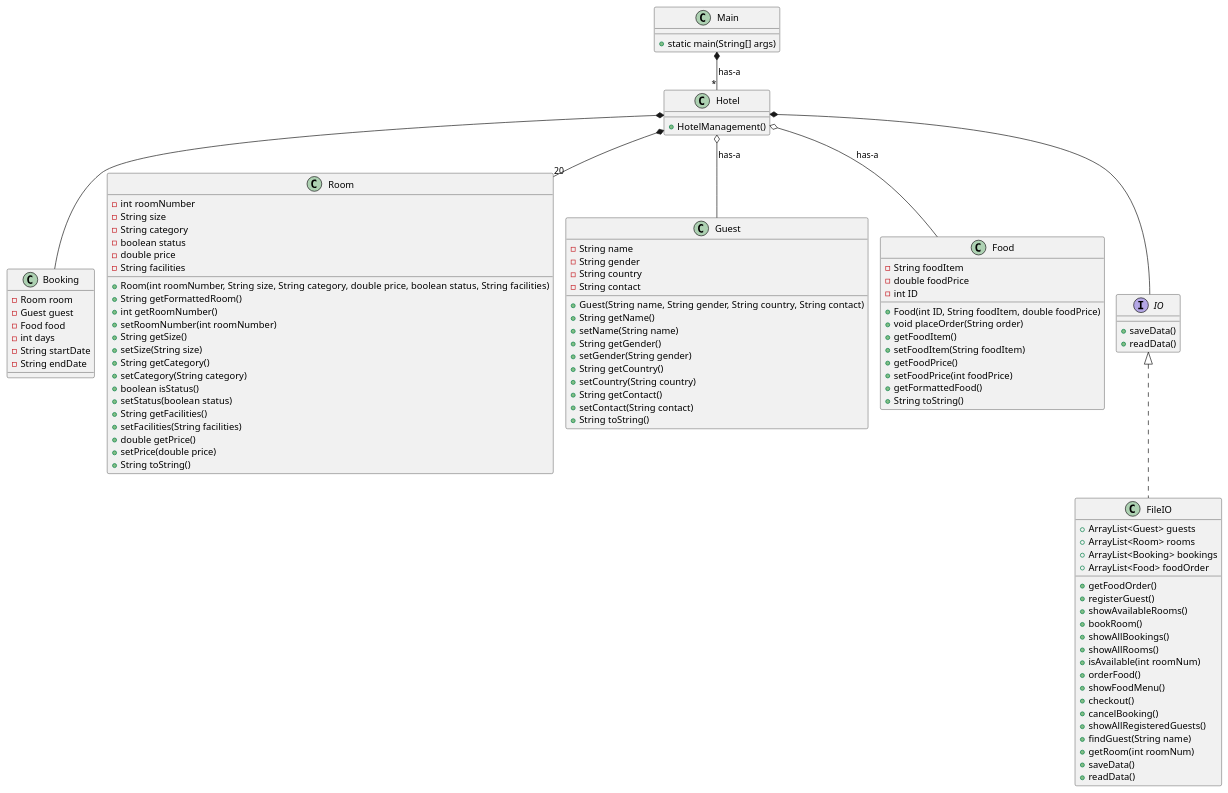
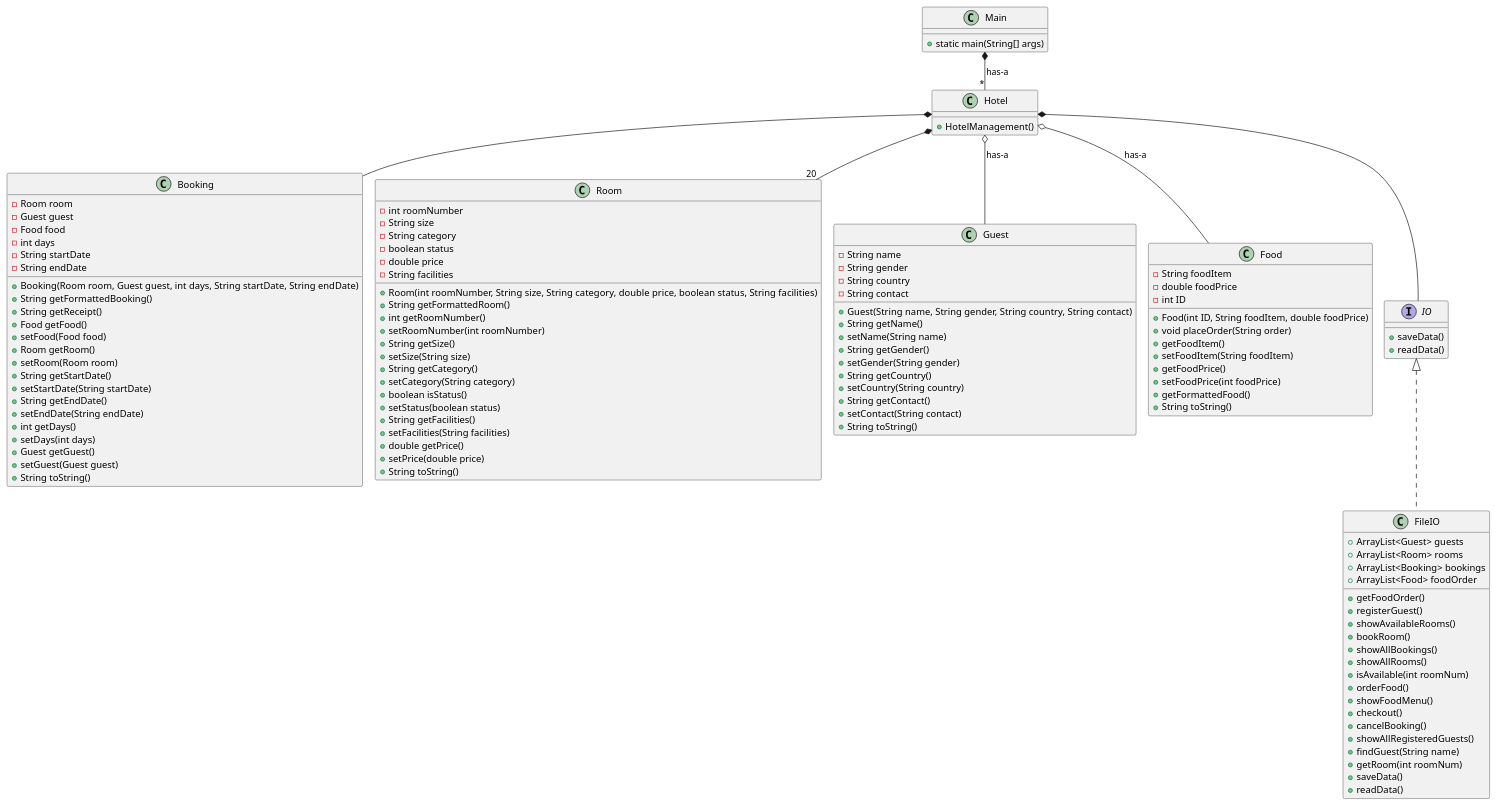
Before and after one commit to Aleks1075/HotelManagementSystemFinal: the diagram in Documentation/Klassediagram.puml, drawn with PlantUML.

```diff
--- a/Documentation/Klassediagram.puml
+++ b/Documentation/Klassediagram.puml
@@ -1,110 +1,127 @@
 @startuml
 
 !pragma layout smetana
 
 class Main
 class Hotel
 class Booking
 class Room
 class Guest
 class Food
 class FileIO
 interface IO
 
 Main *-- "*" Hotel: has-a
 Hotel *-- Booking
 Hotel *-- "20" Room
 Hotel o-- Guest: has-a
 Hotel *-- IO
 IO <|.. FileIO
 Hotel o-- Food: has-a
 
 Main : + static main(String[] args)
+
 Hotel :  +HotelManagement()
 
 Booking : -Room room
 Booking : -Guest guest
 Booking : -Food food
 Booking : -int days
 Booking : -String startDate
 Booking : -String endDate
 
 Room : -int roomNumber
 Room : -String size
 Room : -String category
 Room : -boolean status
 Room : -double price
 Room : -String facilities
 
 Guest : -String name
 Guest : -String gender
 Guest : -String country
 Guest : -String contact
 
 Food : -String foodItem
 Food : -double foodPrice
 Food : -int ID
 
 FileIO : +ArrayList<Guest> guests
 FileIO : +ArrayList<Room> rooms
 FileIO : +ArrayList<Booking> bookings
 FileIO : +ArrayList<Food> foodOrder
 
 IO : + saveData()
 IO : + readData()
 
 FileIO : +getFoodOrder()
 FileIO : +registerGuest()
 FileIO : +showAvailableRooms()
 FileIO : +bookRoom()
 FileIO : +showAllBookings()
 FileIO : +showAllRooms()
 FileIO : +isAvailable(int roomNum)
 FileIO : +orderFood()
 FileIO : +showFoodMenu()
 FileIO : +checkout()
 FileIO : +cancelBooking()
 FileIO : +showAllRegisteredGuests()
 FileIO : +findGuest(String name)
 FileIO : +getRoom(int roomNum)
 FileIO : +saveData()
 FileIO : +readData()
 
 Food : +Food(int ID, String foodItem, double foodPrice)
 Food : +void placeOrder(String order)
 Food : +getFoodItem()
 Food : +setFoodItem(String foodItem)
 Food : +getFoodPrice()
 Food : +setFoodPrice(int foodPrice)
 Food : +getFormattedFood()
 Food : +String toString()
 
 Guest : +Guest(String name, String gender, String country, String contact)
 Guest : +String getName()
 Guest : +setName(String name)
 Guest : +String getGender()
 Guest : +setGender(String gender)
 Guest : +String getCountry()
 Guest : +setCountry(String country)
 Guest : +String getContact()
 Guest : +setContact(String contact)
 Guest : +String toString()
 
 Room : +Room(int roomNumber, String size, String category, double price, boolean status, String facilities)
 Room : +String getFormattedRoom()
 Room : +int getRoomNumber()
 Room : +setRoomNumber(int roomNumber)
 Room : +String getSize()
 Room : +setSize(String size)
 Room : +String getCategory()
 Room : +setCategory(String category)
 Room : +boolean isStatus()
 Room : +setStatus(boolean status)
 Room : +String getFacilities()
 Room : +setFacilities(String facilities)
 Room : +double getPrice()
 Room : +setPrice(double price)
 Room : +String toString()
 
+Booking : +Booking(Room room, Guest guest, int days, String startDate, String endDate)
+Booking : +String getFormattedBooking()
+Booking : +String getReceipt()
+Booking : +Food getFood()
+Booking : +setFood(Food food)
+Booking : +Room getRoom()
+Booking : +setRoom(Room room)
+Booking : +String getStartDate()
+Booking : +setStartDate(String startDate)
+Booking : +String getEndDate()
+Booking : +setEndDate(String endDate)
+Booking : +int getDays()
+Booking : +setDays(int days)
+Booking : +Guest getGuest()
+Booking : +setGuest(Guest guest)
+Booking : +String toString()
 
 @enduml
```
